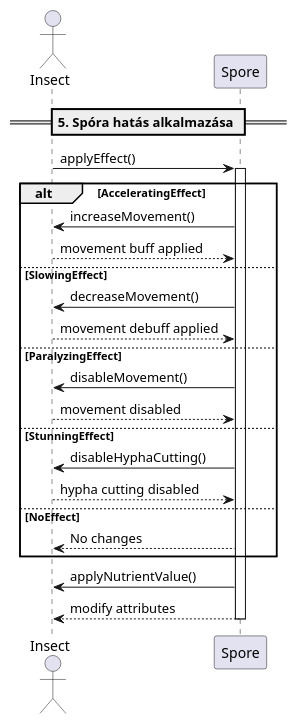
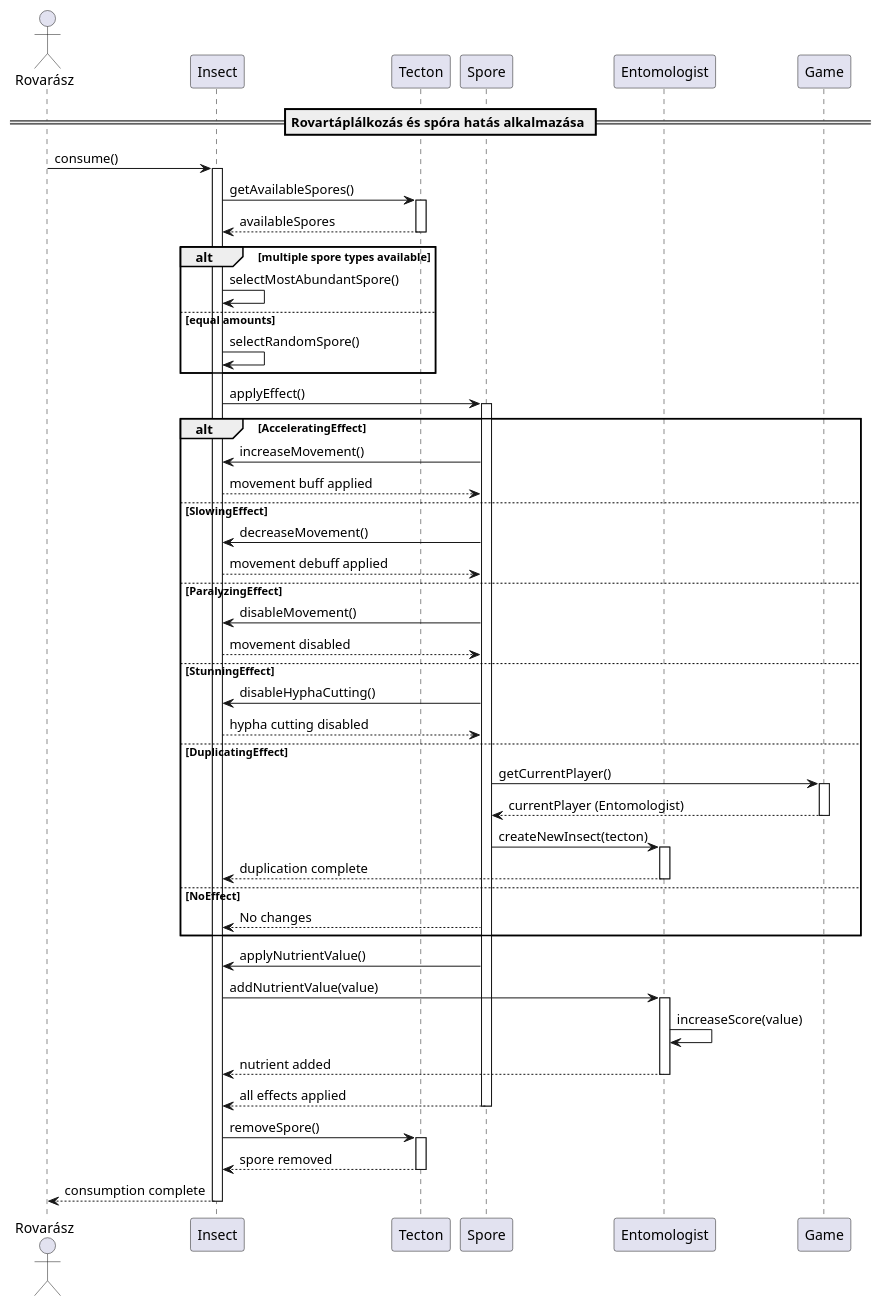
One commit to hujberhunor/SzomiSztegoProjlab changed the diagram in docs/Sequence/Spora-effect.plantuml. Above: the diagram before and after it, drawn with PlantUML. The commit also changed 7 other files, not shown here.

```diff
--- a/docs/Sequence/Spora-effect.plantuml
+++ b/docs/Sequence/Spora-effect.plantuml
@@ -1,31 +1,75 @@
 @startuml
 
-== 5. Spóra hatás alkalmazása ==
-actor Insect
+== Rovartáplálkozás és spóra hatás alkalmazása ==
+actor Rovarász
+participant Insect
+participant Tecton
 participant Spore
+participant Entomologist
+participant Game
+
+Rovarász -> Insect: consume()
+activate Insect
+
+Insect -> Tecton: getAvailableSpores()
+activate Tecton
+Tecton --> Insect: availableSpores
+deactivate Tecton
+
+alt multiple spore types available
+    Insect -> Insect: selectMostAbundantSpore()
+else equal amounts
+    Insect -> Insect: selectRandomSpore()
+end
 
 Insect -> Spore: applyEffect()
 activate Spore
 
 alt AcceleratingEffect
     Spore -> Insect: increaseMovement()
     Insect --> Spore: movement buff applied
 else SlowingEffect
     Spore -> Insect: decreaseMovement()
     Insect --> Spore: movement debuff applied
 else ParalyzingEffect
     Spore -> Insect: disableMovement()
     Insect --> Spore: movement disabled
 else StunningEffect
     Spore -> Insect: disableHyphaCutting()
     Insect --> Spore: hypha cutting disabled
+else DuplicatingEffect
+    Spore -> Game: getCurrentPlayer()
+    activate Game
+    Game --> Spore: currentPlayer (Entomologist)
+    deactivate Game
+    
+    Spore -> Entomologist: createNewInsect(tecton)
+    activate Entomologist
+    Entomologist --> Insect: duplication complete
+    deactivate Entomologist  
+        
+    
 else NoEffect
     Spore --> Insect: No changes
 end
 
 Spore -> Insect: applyNutrientValue()
-Spore --> Insect: modify attributes
+Insect -> Entomologist: addNutrientValue(value)
+activate Entomologist
+Entomologist -> Entomologist: increaseScore(value)
+Entomologist --> Insect: nutrient added
+deactivate Entomologist
 
+Spore --> Insect: all effects applied
 deactivate Spore
 
+Insect -> Tecton: removeSpore()
+activate Tecton
+Tecton --> Insect: spore removed
+deactivate Tecton
+
+Insect --> Rovarász: consumption complete
+
+deactivate Insect
+
 @enduml
```
